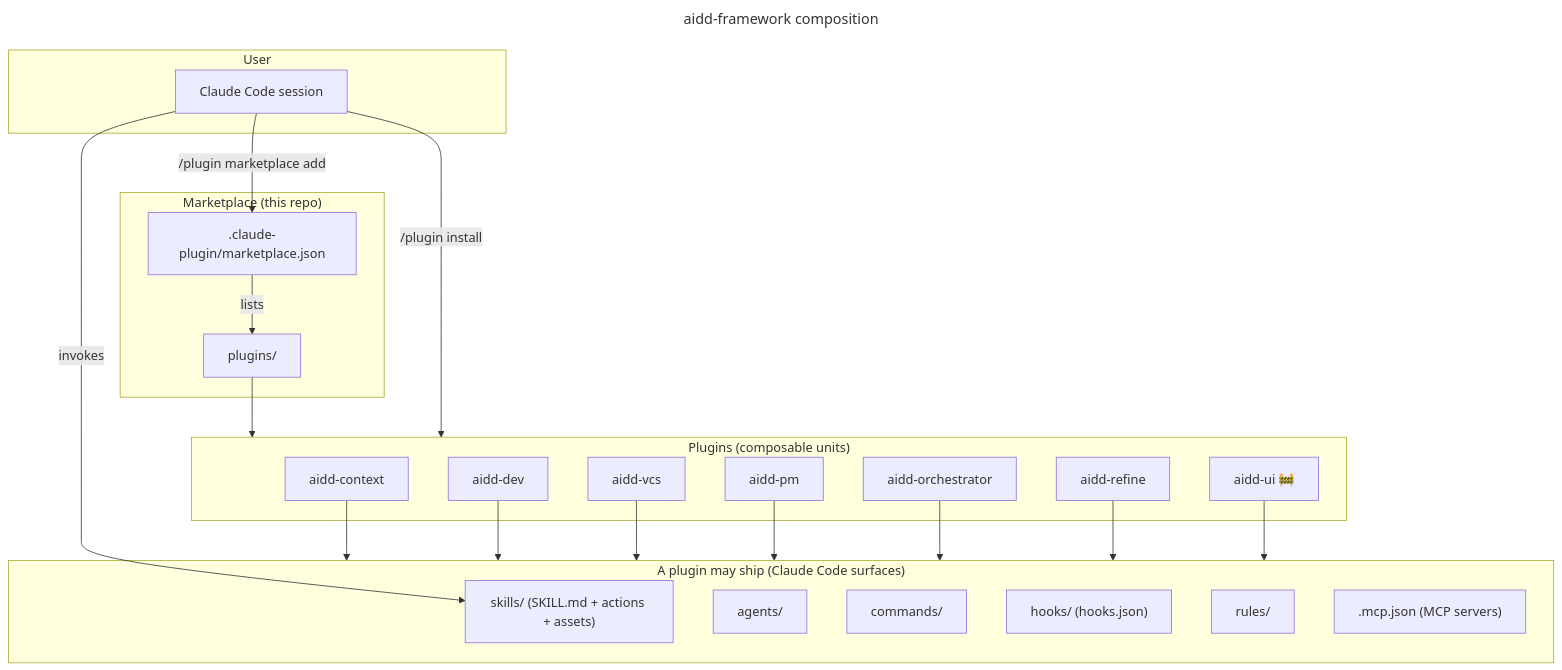
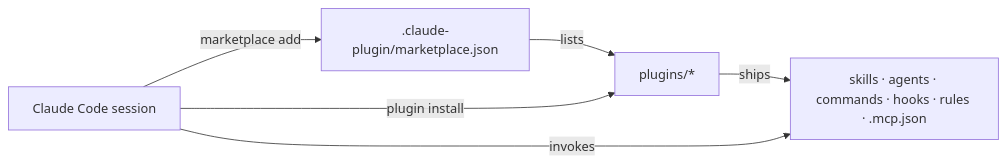
Before and after one commit to ai-driven-dev/aidd-framework: the diagram in docs/ARCHITECTURE.md, drawn with Mermaid. The commit also changed other lines of this file and 2 other files, not shown here.

First line of the commit message:
docs(framework): state how a capability is addressed

````diff
--- a/docs/ARCHITECTURE.md
+++ b/docs/ARCHITECTURE.md
@@ -7,46 +7,8 @@
 ```mermaid
----
-title: aidd-framework composition
----
-flowchart TB
-  subgraph User
-    Editor["Claude Code session"]
-  end
-
-  subgraph Marketplace["Marketplace (this repo)"]
-    Manifest[".claude-plugin/marketplace.json"]
-    PluginsDir["plugins/"]
-  end
-
-  subgraph Plugins["Plugins (composable units)"]
-    Context["aidd-context"]
-    Dev["aidd-dev"]
-    Vcs["aidd-vcs"]
-    Pm["aidd-pm"]
-    Orchestrator["aidd-orchestrator"]
-    Refine["aidd-refine"]
-    Ui["aidd-ui 🚧"]
-  end
-
-  subgraph SkillUnit["A plugin may ship (Claude Code surfaces)"]
-    Skills["skills/ (SKILL.md + actions + assets)"]
-    Agents["agents/"]
-    Commands["commands/"]
-    Hooks["hooks/ (hooks.json)"]
-    Rules["rules/"]
-    Mcp[".mcp.json (MCP servers)"]
-  end
-
-  Editor -->|"/plugin marketplace add"| Manifest
-  Manifest -->|lists| PluginsDir
-  PluginsDir --> Plugins
-  Context --> SkillUnit
-  Dev --> SkillUnit
-  Vcs --> SkillUnit
-  Pm --> SkillUnit
-  Orchestrator --> SkillUnit
-  Refine --> SkillUnit
-  Ui --> SkillUnit
-  Editor -->|"/plugin install"| Plugins
-  Editor -->|invokes| Skills
+flowchart LR
+  Editor["Claude Code session"] -->|"marketplace add"| Manifest[".claude-plugin/marketplace.json"]
+  Manifest -->|lists| Plugins["plugins/*"]
+  Editor -->|"plugin install"| Plugins
+  Plugins -->|ships| Surfaces["skills · agents · commands · hooks · rules · .mcp.json"]
+  Editor -->|invokes| Surfaces
 ```
````
